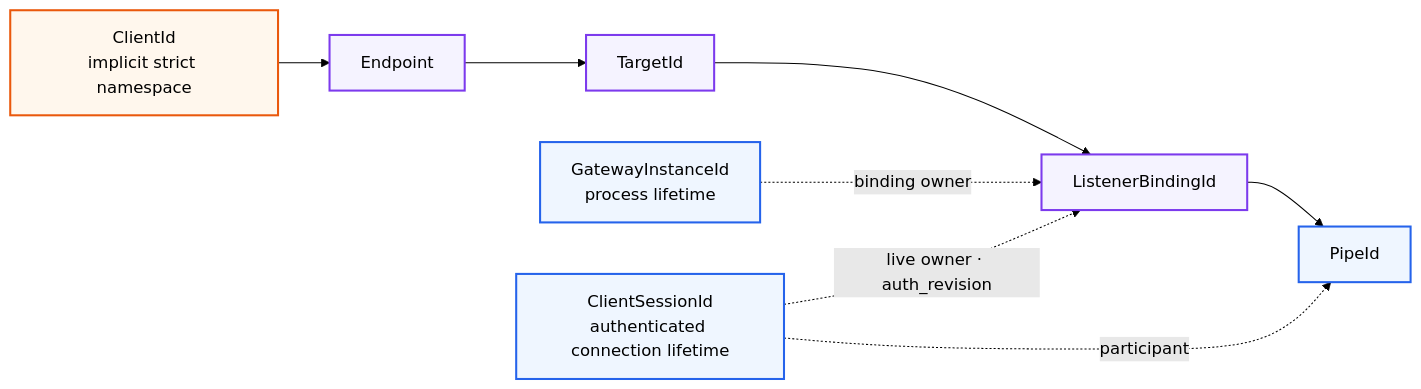
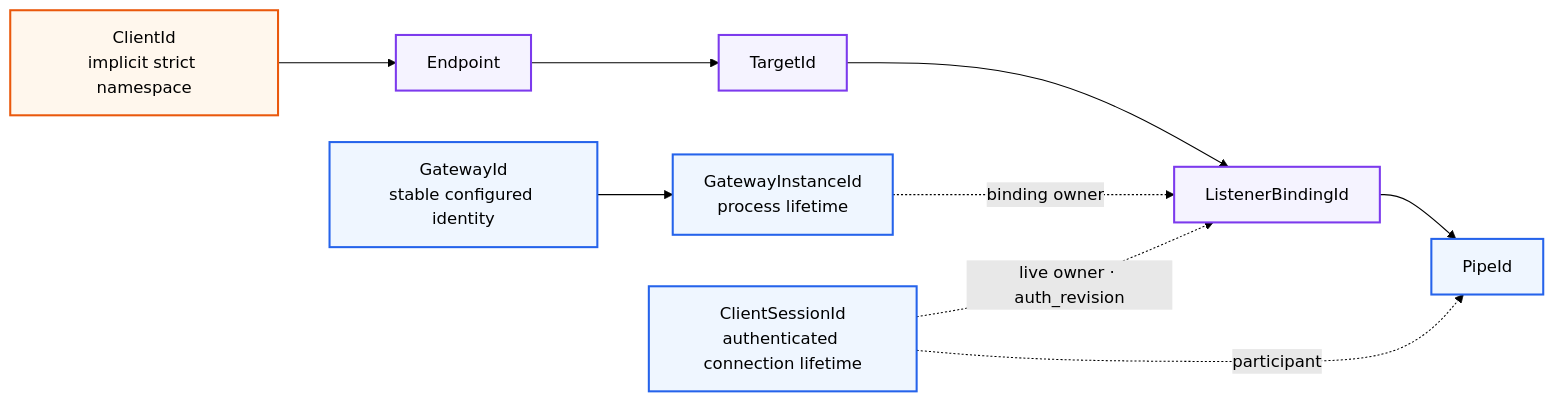
One commit to cagojeiger/relaygate changed the first of 5 diagrams in docs/spec/001-system-model.md. Above: the diagram before and after it, drawn with Mermaid (forest theme). The commit also changed other lines of this file and 40 other files, not shown here.

````diff
--- a/docs/spec/001-system-model.md
+++ b/docs/spec/001-system-model.md
@@ -21,23 +21,25 @@
 ```mermaid
 flowchart LR
     C["ClientId<br/>implicit strict namespace"]
     E["Endpoint"]
     T["TargetId"]
     B["ListenerBindingId"]
     P["PipeId"]
 
+    GS["GatewayId<br/>stable configured identity"]
     G["GatewayInstanceId<br/>process lifetime"]
     S["ClientSessionId<br/>authenticated connection lifetime"]
 
     C --> E --> T --> B --> P
+    GS --> G
     G -. "binding owner" .-> B
     S -. "live owner · auth_revision" .-> B
     S -. "participant" .-> P
 
     classDef namespace fill:#fff7ed,stroke:#ea580c,stroke-width:2px
     classDef address fill:#f5f3ff,stroke:#7c3aed,stroke-width:2px
     classDef runtime fill:#eff6ff,stroke:#2563eb,stroke-width:2px
     class C namespace
     class E,T,B address
-    class P,G,S runtime
+    class P,GS,G,S runtime
 ```
````
